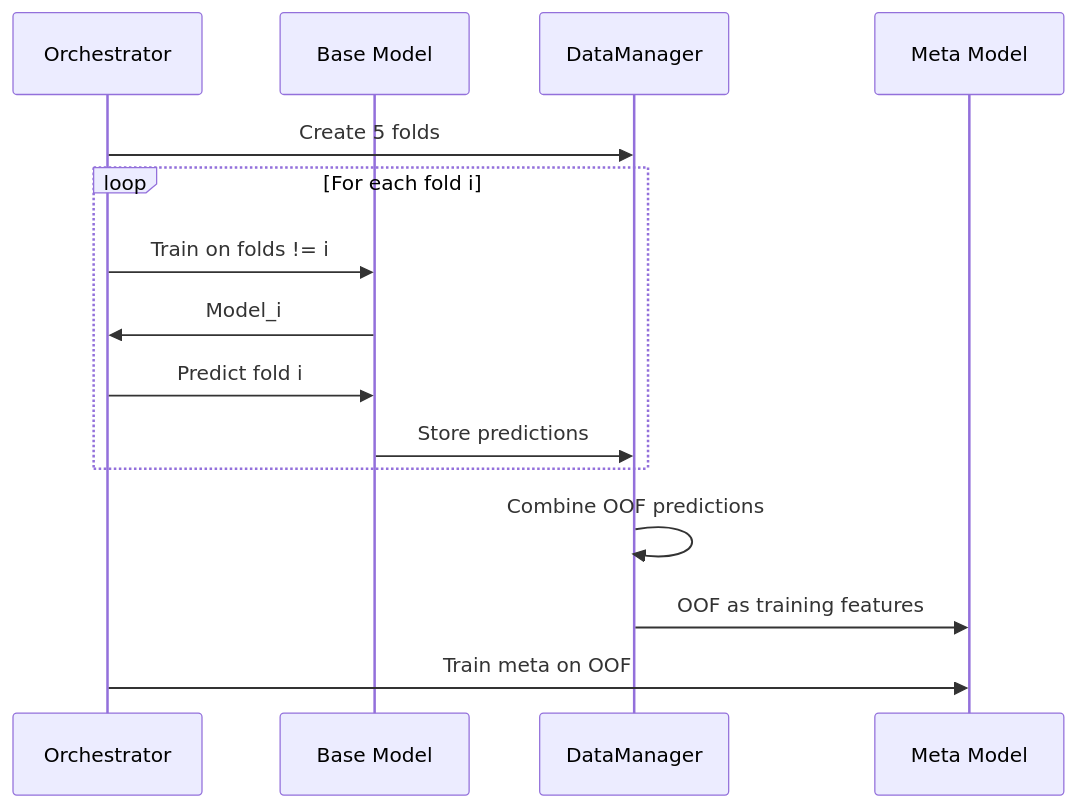
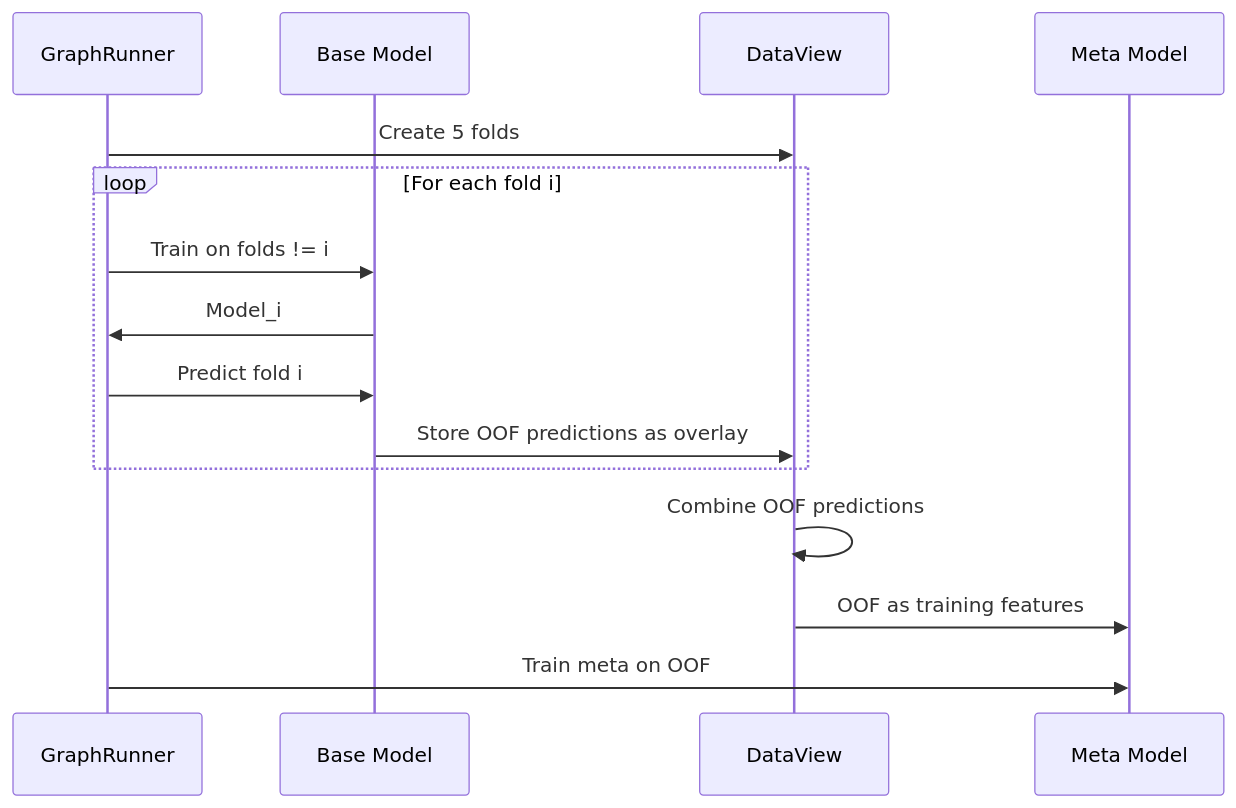
Before and after one commit to caldred/auto-sklearn: the fifth of 6 diagrams in docs/stacking.md, drawn with Mermaid. The commit also changed other lines of this file and 123 other files, not shown here.

````diff
--- a/docs/stacking.md
+++ b/docs/stacking.md
@@ -363,20 +385,20 @@
 ```mermaid
 sequenceDiagram
-    participant O as Orchestrator
+    participant R as GraphRunner
     participant B as Base Model
-    participant D as DataManager
+    participant D as DataView
     participant M as Meta Model
 
-    O->>D: Create 5 folds
+    R->>D: Create 5 folds
 
     loop For each fold i
-        O->>B: Train on folds != i
-        B->>O: Model_i
-        O->>B: Predict fold i
-        B->>D: Store predictions
+        R->>B: Train on folds != i
+        B->>R: Model_i
+        R->>B: Predict fold i
+        B->>D: Store OOF predictions as overlay
     end
 
     D->>D: Combine OOF predictions
     D->>M: OOF as training features
-    O->>M: Train meta on OOF
+    R->>M: Train meta on OOF
 ```
````
